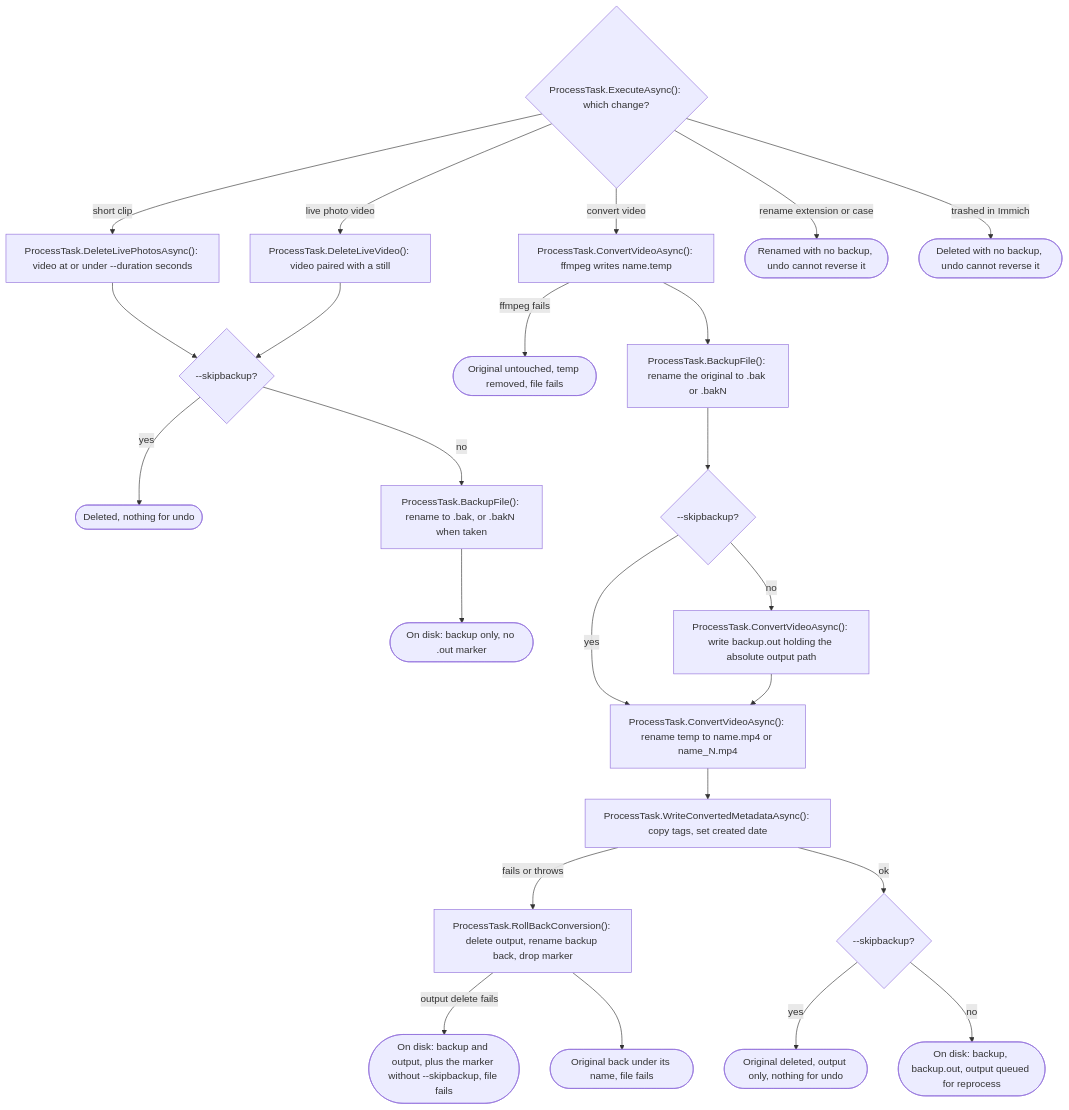
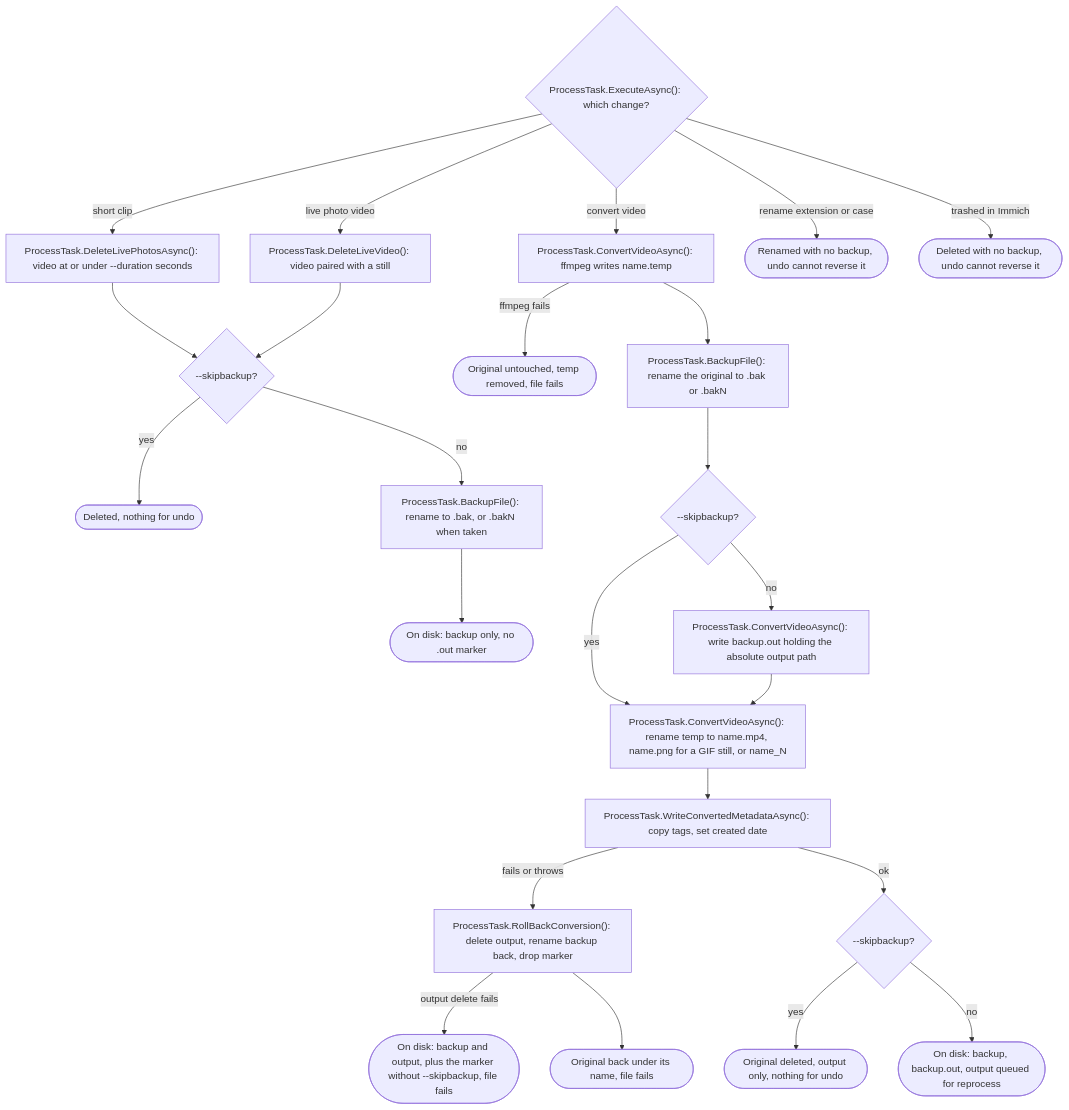
Diagram 18 of 23 in ARCHITECTURE.md (ptr727/PhotoCleaner), drawn with Mermaid before and after one commit. The commit also changed other lines of this file and 5 other files, not shown here.

First line of the commit message:
Treat a GIF With No Duration as a Still, and Document --duration's GIF Role

````diff
--- a/ARCHITECTURE.md
+++ b/ARCHITECTURE.md
@@ -938,27 +938,27 @@
 ```mermaid
 flowchart TD
   P1{"ProcessTask.ExecuteAsync(): which change?"}
   P1 -->|"short clip"| P2["ProcessTask.DeleteLivePhotosAsync(): video at or under --duration seconds"]
   P1 -->|"live photo video"| P3["ProcessTask.DeleteLiveVideo(): video paired with a still"]
   P2 --> P4{"--skipbackup?"}
   P3 --> P4
   P4 -->|"yes"| P5(["Deleted, nothing for undo"])
   P4 -->|"no"| P6["ProcessTask.BackupFile(): rename to .bak, or .bakN when taken"]
   P6 --> P7(["On disk: backup only, no .out marker"])
   P1 -->|"convert video"| P8["ProcessTask.ConvertVideoAsync(): ffmpeg writes name.temp"]
   P8 -->|"ffmpeg fails"| P9(["Original untouched, temp removed, file fails"])
   P8 --> P10["ProcessTask.BackupFile(): rename the original to .bak or .bakN"]
   P10 --> P11{"--skipbackup?"}
   P11 -->|"no"| P12["ProcessTask.ConvertVideoAsync(): write backup.out holding the absolute output path"]
   P11 -->|"yes"| P13
-  P12 --> P13["ProcessTask.ConvertVideoAsync(): rename temp to name.mp4 or name_N.mp4"]
+  P12 --> P13["ProcessTask.ConvertVideoAsync(): rename temp to name.mp4, name.png for a GIF still, or name_N"]
   P13 --> P14["ProcessTask.WriteConvertedMetadataAsync(): copy tags, set created date"]
   P14 -->|"fails or throws"| P15["ProcessTask.RollBackConversion(): delete output, rename backup back, drop marker"]
   P15 -->|"output delete fails"| P16(["On disk: backup and output, plus the marker without --skipbackup, file fails"])
   P15 --> P17(["Original back under its name, file fails"])
   P14 -->|"ok"| P18{"--skipbackup?"}
   P18 -->|"yes"| P19(["Original deleted, output only, nothing for undo"])
   P18 -->|"no"| P20(["On disk: backup, backup.out, output queued for reprocess"])
   P1 -->|"rename extension or case"| P21(["Renamed with no backup, undo cannot reverse it"])
   P1 -->|"trashed in Immich"| P22(["Deleted with no backup, undo cannot reverse it"])
 ```
````
